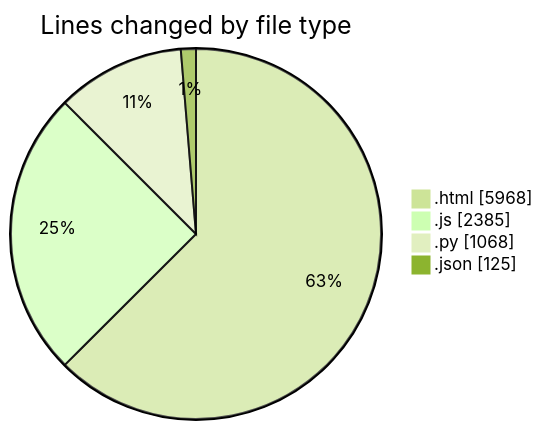
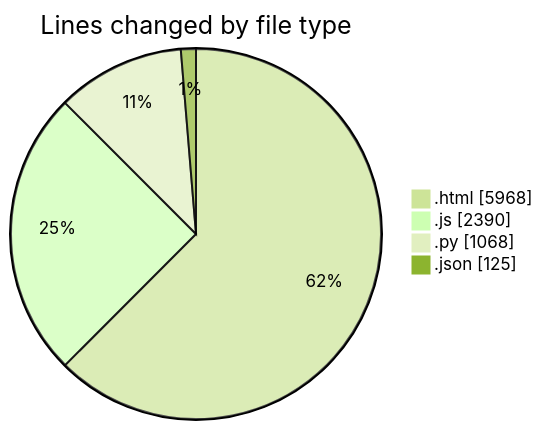
Before and after one commit to shibass792/code-tracking: the first of 2 diagrams in 2026-07-15/shibass-ai/README.md, drawn with Mermaid (forest theme). The commit also changed other lines of this file and 1 other file, not shown here.

````diff
--- a/2026-07-15/shibass-ai/README.md
+++ b/2026-07-15/shibass-ai/README.md
@@ -31,8 +31,8 @@
 ```mermaid
 pie showData
 title Lines changed by file type
 ".html" : 5968
-".js" : 2385
+".js" : 2390
 ".py" : 1068
 ".json" : 125
 ```
````
